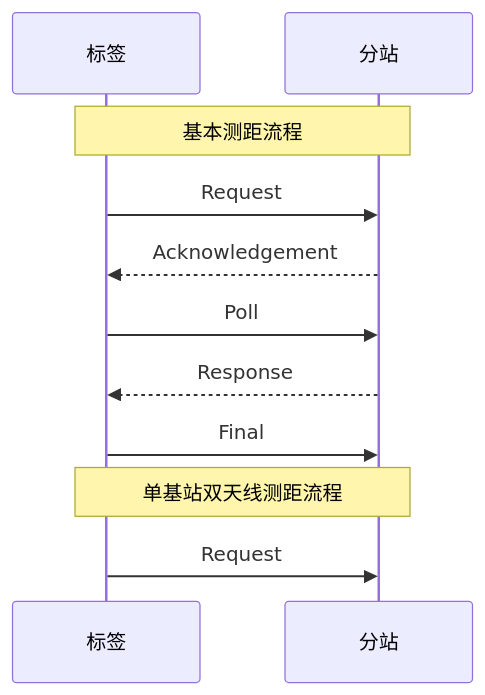
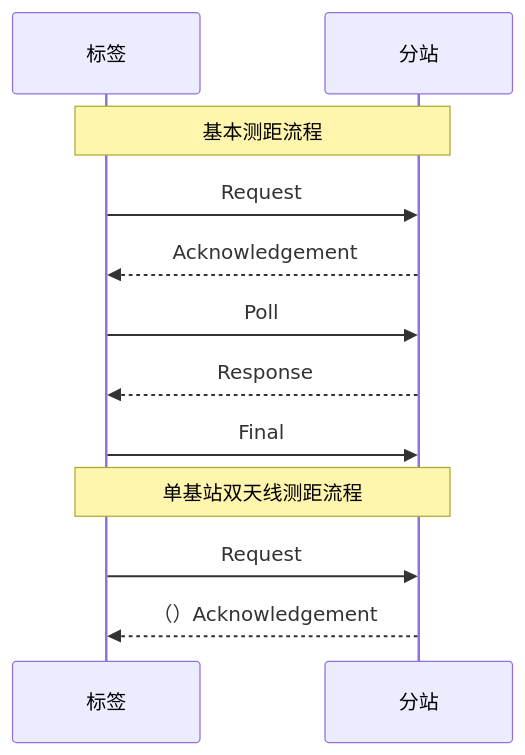
One commit to geek-zhao/iodraw-files changed the diagram in all/未命名.md. Above: the diagram before and after it, drawn with Mermaid.

Commit message:
2024-08-17 14:05:12 update

````diff
--- a/all/未命名.md
+++ b/all/未命名.md
@@ -1,20 +1,20 @@
 ```mermaid
 sequenceDiagram
     participant tag as 标签
     participant anchor as 分站
 
     Note over tag,anchor: 基本测距流程
 
     tag->>anchor: Request
     anchor-->>tag: Acknowledgement
     tag->>anchor: Poll
     anchor-->>tag: Response
     tag->>anchor: Final       
 
     Note over tag,anchor: 单基站双天线测距流程
 
     tag->>anchor: Request
-    
+    anchor-->>tag: （）Acknowledgement
 
 
 ```
````
